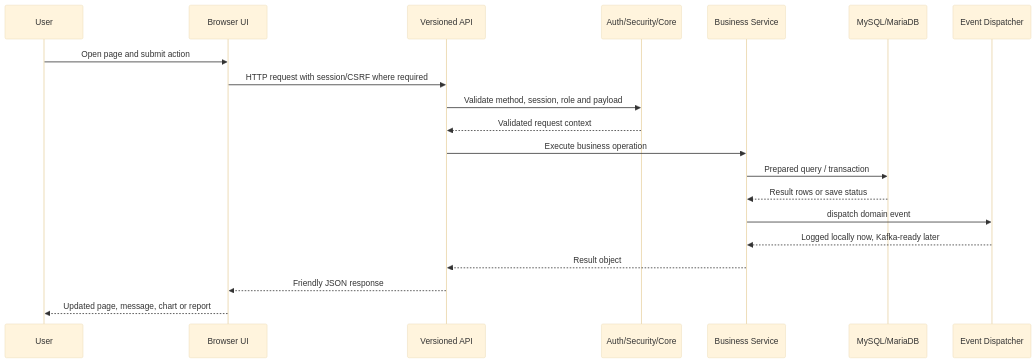
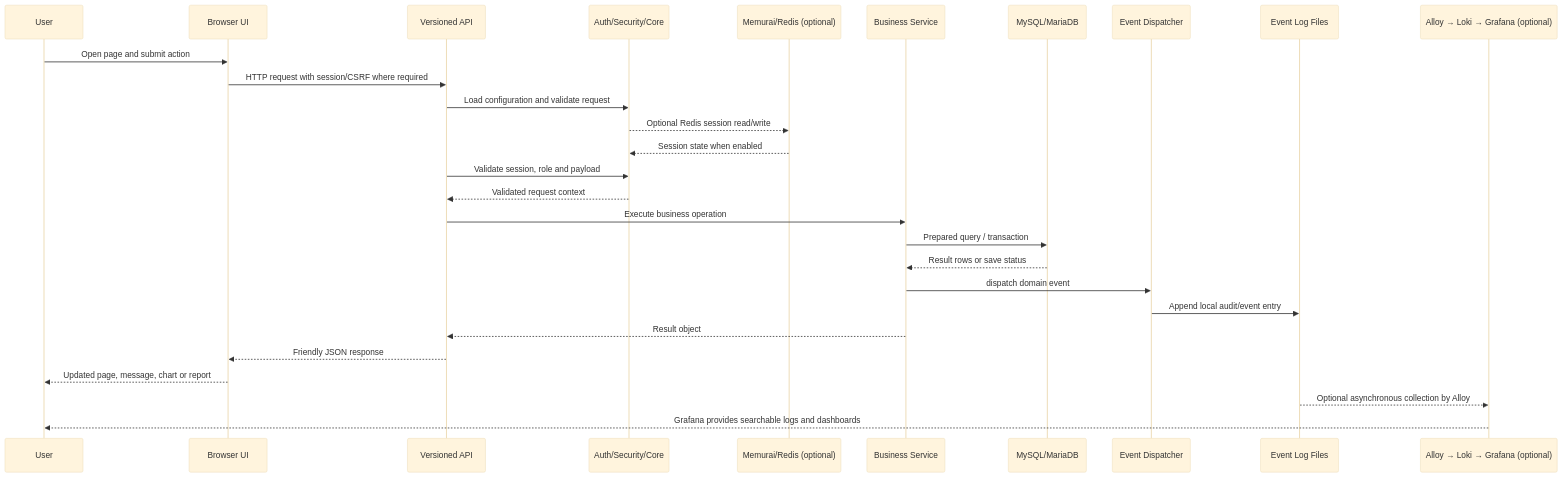
One commit to PSMRI/saQshi_open_source changed the fifth of 10 diagrams in docs/architecture/technical_architecture.md. Above: the diagram before and after it, drawn with Mermaid (base theme). The commit also changed other lines of this file and 103 other files, not shown here.

````diff
--- a/docs/architecture/technical_architecture.md
+++ b/docs/architecture/technical_architecture.md
@@ -218,23 +251,31 @@
 ```mermaid
 sequenceDiagram
     participant User
     participant UI as Browser UI
     participant API as Versioned API
     participant Core as Auth/Security/Core
+    participant Session as Memurai/Redis (optional)
     participant Service as Business Service
     participant DB as MySQL/MariaDB
     participant Event as Event Dispatcher
+    participant Logs as Event Log Files
+    participant Monitor as Alloy → Loki → Grafana (optional)
 
     User->>UI: Open page and submit action
     UI->>API: HTTP request with session/CSRF where required
-    API->>Core: Validate method, session, role and payload
+    API->>Core: Load configuration and validate request
+    Core-->>Session: Optional Redis session read/write
+    Session-->>Core: Session state when enabled
+    API->>Core: Validate session, role and payload
     Core-->>API: Validated request context
     API->>Service: Execute business operation
     Service->>DB: Prepared query / transaction
     DB-->>Service: Result rows or save status
     Service->>Event: dispatch domain event
-    Event-->>Service: Logged locally now, Kafka-ready later
+    Event->>Logs: Append local audit/event entry
     Service-->>API: Result object
     API-->>UI: Friendly JSON response
     UI-->>User: Updated page, message, chart or report
+    Logs-->>Monitor: Optional asynchronous collection by Alloy
+    Monitor-->>User: Grafana provides searchable logs and dashboards
 ```
````
